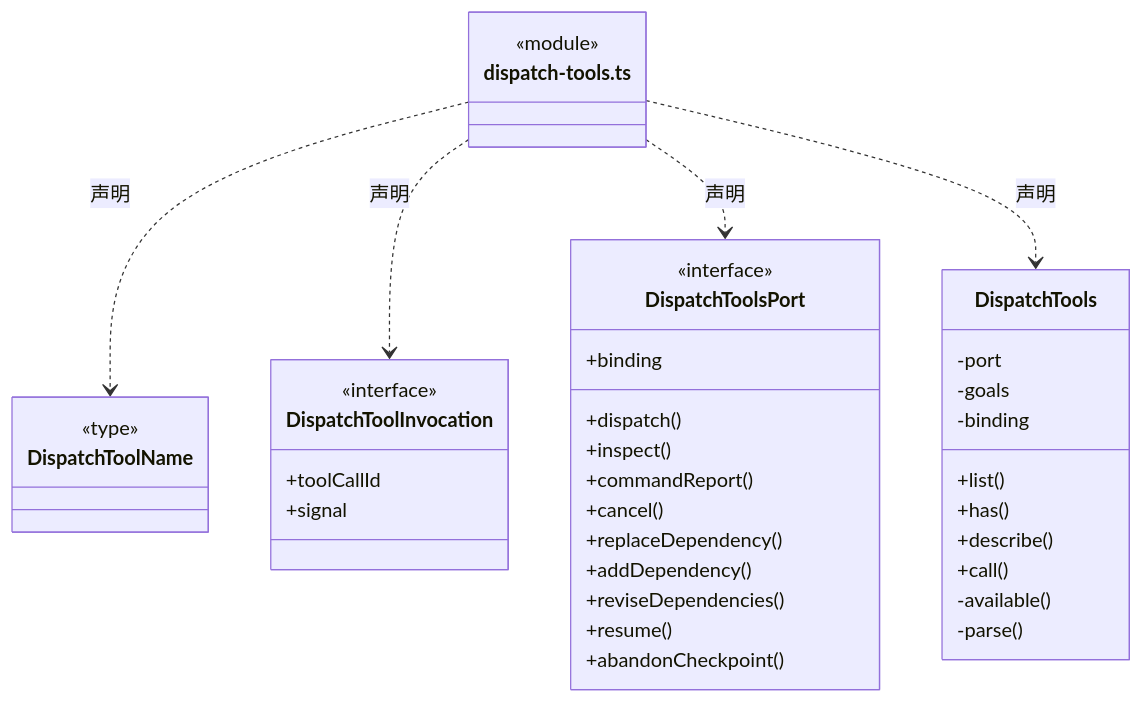
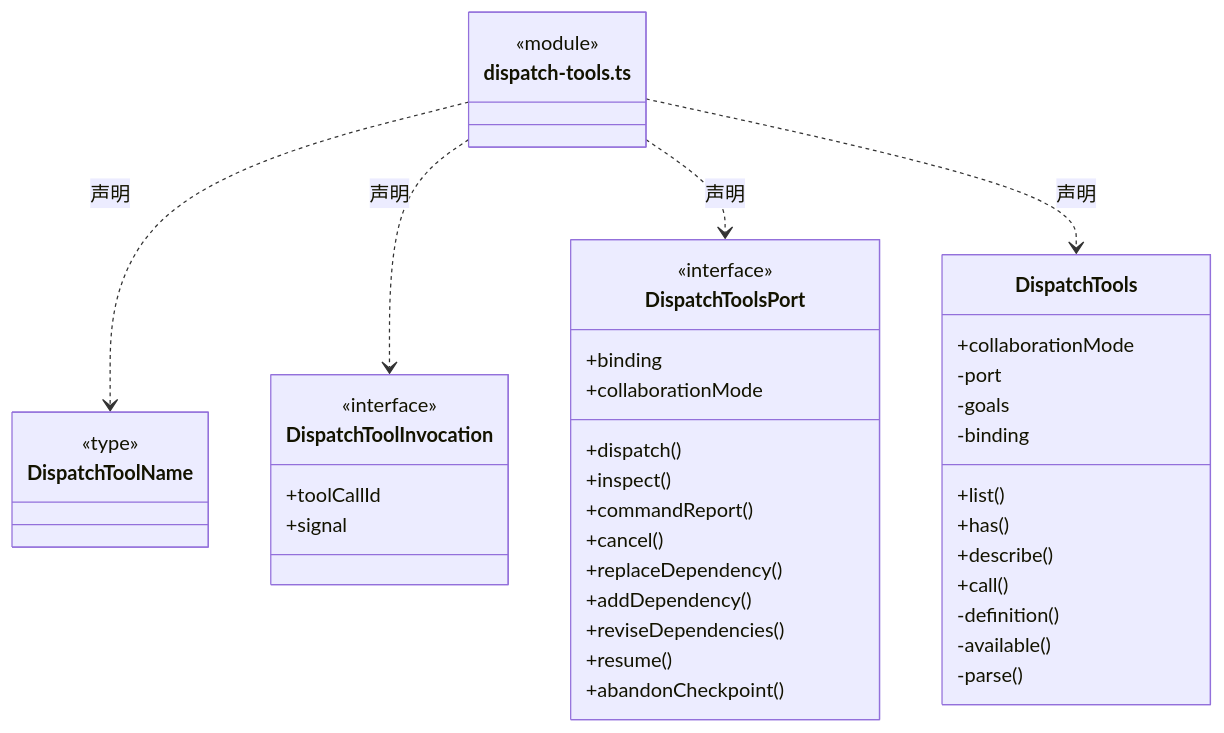
One commit to nan023062/cbim changed the second of 16 diagrams in src/backend/scheduler-engine/tools/ARCHITECTURE.md. Above: the diagram before and after it, drawn with Mermaid. The commit also changed other lines of this file and 80 other files, not shown here.

````diff
--- a/src/backend/scheduler-engine/tools/ARCHITECTURE.md
+++ b/src/backend/scheduler-engine/tools/ARCHITECTURE.md
@@ -43,43 +43,46 @@
 ```mermaid
 classDiagram
 class N_src_backend_scheduler_engine_tools_dispatch_tools_ts["dispatch-tools.ts"] {
   <<module>>
 }
 class N_src_backend_scheduler_engine_tools_dispatch_tools_ts_DispatchToolName["DispatchToolName"] {
   <<type>>
 
 }
 N_src_backend_scheduler_engine_tools_dispatch_tools_ts ..> N_src_backend_scheduler_engine_tools_dispatch_tools_ts_DispatchToolName : 声明
 class N_src_backend_scheduler_engine_tools_dispatch_tools_ts_DispatchToolInvocation["DispatchToolInvocation"] {
   <<interface>>
   +toolCallId
   +signal
 }
 N_src_backend_scheduler_engine_tools_dispatch_tools_ts ..> N_src_backend_scheduler_engine_tools_dispatch_tools_ts_DispatchToolInvocation : 声明
 class N_src_backend_scheduler_engine_tools_dispatch_tools_ts_DispatchToolsPort["DispatchToolsPort"] {
   <<interface>>
   +binding
+  +collaborationMode
   +dispatch()
   +inspect()
   +commandReport()
   +cancel()
   +replaceDependency()
   +addDependency()
   +reviseDependencies()
   +resume()
   +abandonCheckpoint()
 }
 N_src_backend_scheduler_engine_tools_dispatch_tools_ts ..> N_src_backend_scheduler_engine_tools_dispatch_tools_ts_DispatchToolsPort : 声明
 class N_src_backend_scheduler_engine_tools_dispatch_tools_ts_DispatchTools["DispatchTools"] {
+  +collaborationMode
   +list()
   +has()
   +describe()
   +call()
   -port
   -goals
   -binding
+  -definition()
   -available()
   -parse()
 }
 N_src_backend_scheduler_engine_tools_dispatch_tools_ts ..> N_src_backend_scheduler_engine_tools_dispatch_tools_ts_DispatchTools : 声明
 ```
````
